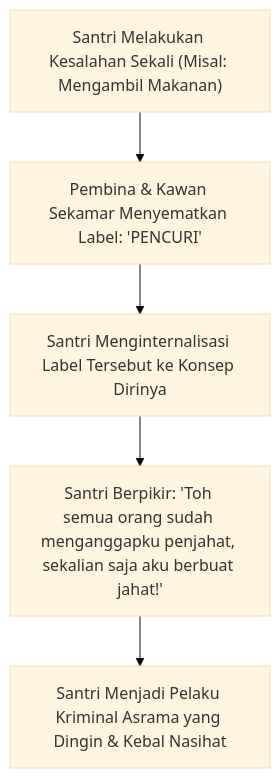
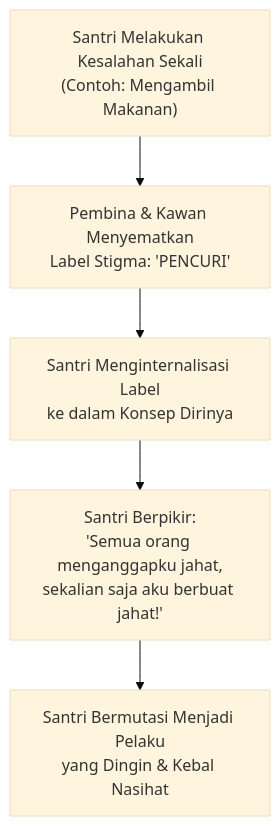
The second of 4 diagrams in BOOK Series 1/01-The-Fundamental-of-TUMBUH/Bab-09-Tata-Kelola-Epistemik-dan-Etika-Pengambilan-Keputusan.md (wandiapriliyandi/tumbuh), drawn with Mermaid (base theme) before and after one commit. The commit also changed other lines of this file and 37 other files, not shown here.

Commit message:
fix(book-01): optimasi pemenggalan teks dan overflow seluruh diagram serta render ulang 20 PDF

````diff
--- a/BOOK Series 1/01-The-Fundamental-of-TUMBUH/Bab-09-Tata-Kelola-Epistemik-dan-Etika-Pengambilan-Keputusan.md
+++ b/BOOK Series 1/01-The-Fundamental-of-TUMBUH/Bab-09-Tata-Kelola-Epistemik-dan-Etika-Pengambilan-Keputusan.md
@@ -57,7 +57,7 @@
 ```mermaid
 graph TD
-    A["Santri Melakukan Kesalahan Sekali (Misal: Mengambil Makanan)"] --> B["Pembina & Kawan Sekamar Menyematkan Label: 'PENCURI'"]
-    B --> C["Santri Menginternalisasi Label Tersebut ke Konsep Dirinya"]
-    C --> D["Santri Berpikir: 'Toh semua orang sudah menganggapku penjahat, sekalian saja aku berbuat jahat!'"]
-    D --> E["Santri Menjadi Pelaku Kriminal Asrama yang Dingin & Kebal Nasihat"]
+    A["Santri Melakukan Kesalahan Sekali<br/>(Contoh: Mengambil Makanan)"] --> B["Pembina & Kawan Menyematkan<br/>Label Stigma: 'PENCURI'"]
+    B --> C["Santri Menginternalisasi Label<br/>ke dalam Konsep Dirinya"]
+    C --> D["Santri Berpikir:<br/>'Semua orang menganggapku jahat,<br/>sekalian saja aku berbuat jahat!'"]
+    D --> E["Santri Bermutasi Menjadi Pelaku<br/>yang Dingin & Kebal Nasihat"]
 ```
````
